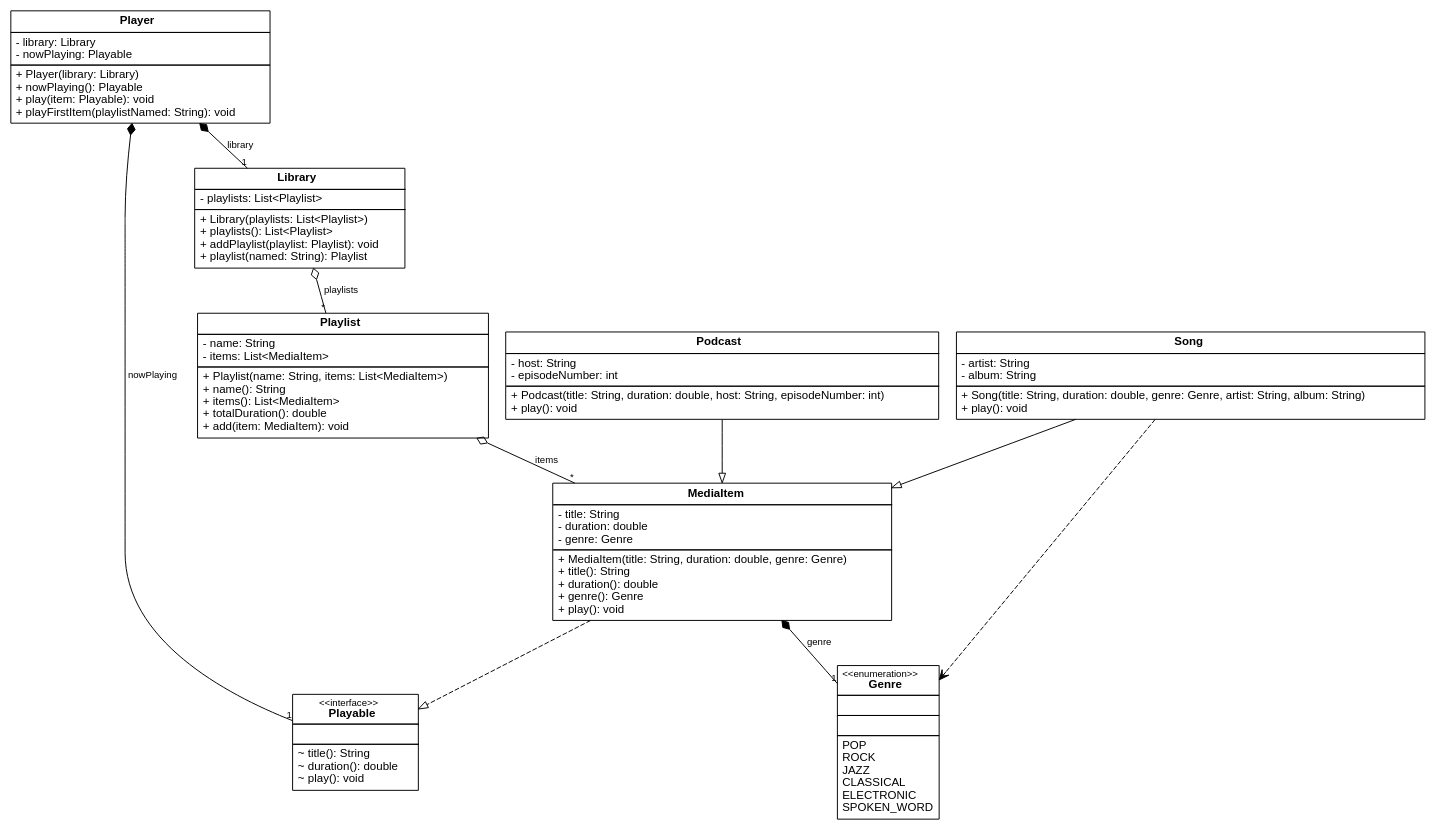
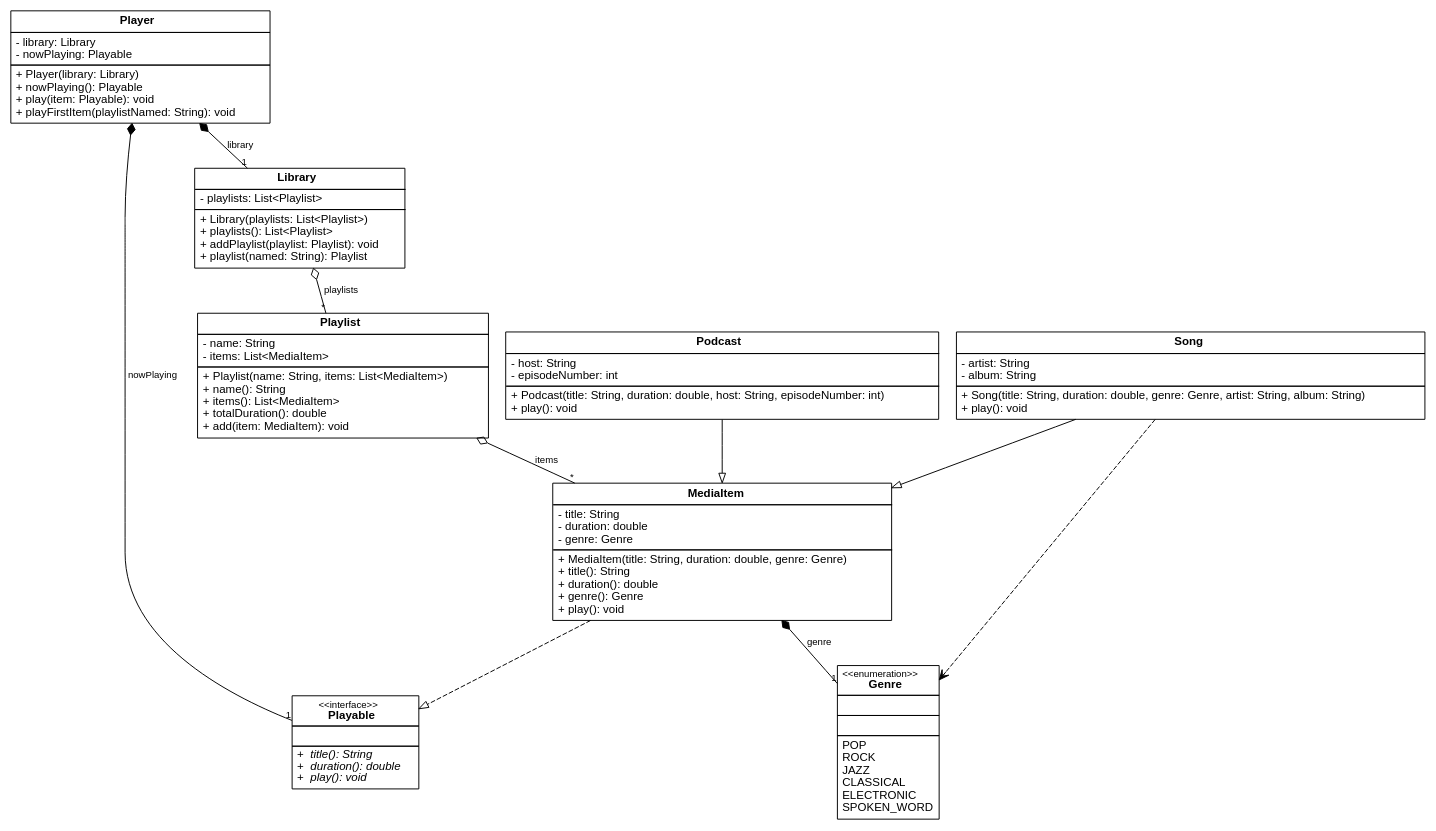
One commit to pauljohanneskraft/Acai changed the diagram in Examples/ClassDiagram/Exports/java.dot. Above: the diagram before and after it, drawn with Graphviz. The commit also changed 2 other files, not shown here.

Commit message:
Regenerate the Java class diagram exports
Playable's requirements now render as public and italicised abstract, the
same family Swift, Kotlin, TypeScript and Dart already rendered, instead of
package-private.

```diff
--- a/Examples/ClassDiagram/Exports/java.dot
+++ b/Examples/ClassDiagram/Exports/java.dot
@@ -1,25 +1,25 @@
 digraph Acai {
   rankdir=TB;
   compound=true;
   fontname="Helvetica";
   fontsize=12;
   node [shape=none margin=0 fontname="Helvetica" fontsize=12];
   edge [fontname="Helvetica" fontsize=10];
   "Java.medialibrary.Genre" [label=<<TABLE BORDER="1" CELLBORDER="0" CELLSPACING="0" CELLPADDING="4"><TR><TD ALIGN="CENTER"><FONT POINT-SIZE="10">&lt;&lt;enumeration&gt;&gt;</FONT><BR/><B>Genre</B></TD></TR><HR/><TR><TD ALIGN="LEFT"> </TD></TR><HR/><TR><TD ALIGN="LEFT"> </TD></TR><HR/><TR><TD ALIGN="LEFT">POP<BR ALIGN="LEFT"/>ROCK<BR ALIGN="LEFT"/>JAZZ<BR ALIGN="LEFT"/>CLASSICAL<BR ALIGN="LEFT"/>ELECTRONIC<BR ALIGN="LEFT"/>SPOKEN_WORD<BR ALIGN="LEFT"/></TD></TR></TABLE>>, tooltip="A coarse classification for a piece of media."];
   "Java.medialibrary.Library" [label=<<TABLE BORDER="1" CELLBORDER="0" CELLSPACING="0" CELLPADDING="4"><TR><TD ALIGN="CENTER"><B>Library</B></TD></TR><HR/><TR><TD ALIGN="LEFT">- playlists: List&lt;Playlist&gt;<BR ALIGN="LEFT"/></TD></TR><HR/><TR><TD ALIGN="LEFT">+ Library(playlists: List&lt;Playlist&gt;)<BR ALIGN="LEFT"/>+ playlists(): List&lt;Playlist&gt;<BR ALIGN="LEFT"/>+ addPlaylist(playlist: Playlist): void<BR ALIGN="LEFT"/>+ playlist(named: String): Playlist<BR ALIGN="LEFT"/></TD></TR></TABLE>>, tooltip="The user's whole collection: every playlist in one place."];
   "Java.medialibrary.MediaItem" [label=<<TABLE BORDER="1" CELLBORDER="0" CELLSPACING="0" CELLPADDING="4"><TR><TD ALIGN="CENTER"><B>MediaItem</B></TD></TR><HR/><TR><TD ALIGN="LEFT">- title: String<BR ALIGN="LEFT"/>- duration: double<BR ALIGN="LEFT"/>- genre: Genre<BR ALIGN="LEFT"/></TD></TR><HR/><TR><TD ALIGN="LEFT">+ MediaItem(title: String, duration: double, genre: Genre)<BR ALIGN="LEFT"/>+ title(): String<BR ALIGN="LEFT"/>+ duration(): double<BR ALIGN="LEFT"/>+ genre(): Genre<BR ALIGN="LEFT"/>+ play(): void<BR ALIGN="LEFT"/></TD></TR></TABLE>>, tooltip="Shared base for every item in the library."];
-  "Java.medialibrary.Playable" [label=<<TABLE BORDER="1" CELLBORDER="0" CELLSPACING="0" CELLPADDING="4"><TR><TD ALIGN="CENTER"><FONT POINT-SIZE="10">&lt;&lt;interface&gt;&gt;</FONT><BR/><B>Playable</B></TD></TR><HR/><TR><TD ALIGN="LEFT"> </TD></TR><HR/><TR><TD ALIGN="LEFT">~ title(): String<BR ALIGN="LEFT"/>~ duration(): double<BR ALIGN="LEFT"/>~ play(): void<BR ALIGN="LEFT"/></TD></TR></TABLE>>, tooltip="Anything the player knows how to play."];
+  "Java.medialibrary.Playable" [label=<<TABLE BORDER="1" CELLBORDER="0" CELLSPACING="0" CELLPADDING="4"><TR><TD ALIGN="CENTER"><FONT POINT-SIZE="10">&lt;&lt;interface&gt;&gt;</FONT><BR/><B>Playable</B></TD></TR><HR/><TR><TD ALIGN="LEFT"> </TD></TR><HR/><TR><TD ALIGN="LEFT">+ <I>title(): String</I><BR ALIGN="LEFT"/>+ <I>duration(): double</I><BR ALIGN="LEFT"/>+ <I>play(): void</I><BR ALIGN="LEFT"/></TD></TR></TABLE>>, tooltip="Anything the player knows how to play."];
   "Java.medialibrary.Player" [label=<<TABLE BORDER="1" CELLBORDER="0" CELLSPACING="0" CELLPADDING="4"><TR><TD ALIGN="CENTER"><B>Player</B></TD></TR><HR/><TR><TD ALIGN="LEFT">- library: Library<BR ALIGN="LEFT"/>- nowPlaying: Playable<BR ALIGN="LEFT"/></TD></TR><HR/><TR><TD ALIGN="LEFT">+ Player(library: Library)<BR ALIGN="LEFT"/>+ nowPlaying(): Playable<BR ALIGN="LEFT"/>+ play(item: Playable): void<BR ALIGN="LEFT"/>+ playFirstItem(playlistNamed: String): void<BR ALIGN="LEFT"/></TD></TR></TABLE>>, tooltip="Drives playback over a library. Depends on {@link Library} and the {@link Playable} interface."];
   "Java.medialibrary.Playlist" [label=<<TABLE BORDER="1" CELLBORDER="0" CELLSPACING="0" CELLPADDING="4"><TR><TD ALIGN="CENTER"><B>Playlist</B></TD></TR><HR/><TR><TD ALIGN="LEFT">- name: String<BR ALIGN="LEFT"/>- items: List&lt;MediaItem&gt;<BR ALIGN="LEFT"/></TD></TR><HR/><TR><TD ALIGN="LEFT">+ Playlist(name: String, items: List&lt;MediaItem&gt;)<BR ALIGN="LEFT"/>+ name(): String<BR ALIGN="LEFT"/>+ items(): List&lt;MediaItem&gt;<BR ALIGN="LEFT"/>+ totalDuration(): double<BR ALIGN="LEFT"/>+ add(item: MediaItem): void<BR ALIGN="LEFT"/></TD></TR></TABLE>>, tooltip="An ordered collection of media items the user has curated."];
   "Java.medialibrary.Podcast" [label=<<TABLE BORDER="1" CELLBORDER="0" CELLSPACING="0" CELLPADDING="4"><TR><TD ALIGN="CENTER"><B>Podcast</B></TD></TR><HR/><TR><TD ALIGN="LEFT">- host: String<BR ALIGN="LEFT"/>- episodeNumber: int<BR ALIGN="LEFT"/></TD></TR><HR/><TR><TD ALIGN="LEFT">+ Podcast(title: String, duration: double, host: String, episodeNumber: int)<BR ALIGN="LEFT"/>+ play(): void<BR ALIGN="LEFT"/></TD></TR></TABLE>>, tooltip="One episode of a podcast."];
   "Java.medialibrary.Song" [label=<<TABLE BORDER="1" CELLBORDER="0" CELLSPACING="0" CELLPADDING="4"><TR><TD ALIGN="CENTER"><B>Song</B></TD></TR><HR/><TR><TD ALIGN="LEFT">- artist: String<BR ALIGN="LEFT"/>- album: String<BR ALIGN="LEFT"/></TD></TR><HR/><TR><TD ALIGN="LEFT">+ Song(title: String, duration: double, genre: Genre, artist: String, album: String)<BR ALIGN="LEFT"/>+ play(): void<BR ALIGN="LEFT"/></TD></TR></TABLE>>, tooltip="A single track by an artist."];
   "Java.medialibrary.MediaItem" -> "Java.medialibrary.Playable" [arrowhead=empty style=dashed];
   "Java.medialibrary.Podcast" -> "Java.medialibrary.MediaItem" [arrowhead=empty style=solid];
   "Java.medialibrary.Song" -> "Java.medialibrary.MediaItem" [arrowhead=empty style=solid];
   "Java.medialibrary.Library" -> "Java.medialibrary.Playlist" [dir=back arrowtail=odiamond label="playlists" headlabel="*"];
   "Java.medialibrary.MediaItem" -> "Java.medialibrary.Genre" [dir=back arrowtail=diamond label="genre" headlabel="1"];
   "Java.medialibrary.Player" -> "Java.medialibrary.Library" [dir=back arrowtail=diamond label="library" headlabel="1"];
   "Java.medialibrary.Player" -> "Java.medialibrary.Playable" [dir=back arrowtail=diamond label="nowPlaying" headlabel="1"];
   "Java.medialibrary.Playlist" -> "Java.medialibrary.MediaItem" [dir=back arrowtail=odiamond label="items" headlabel="*"];
   "Java.medialibrary.Song" -> "Java.medialibrary.Genre" [arrowhead=vee style=dashed];
 }
```
